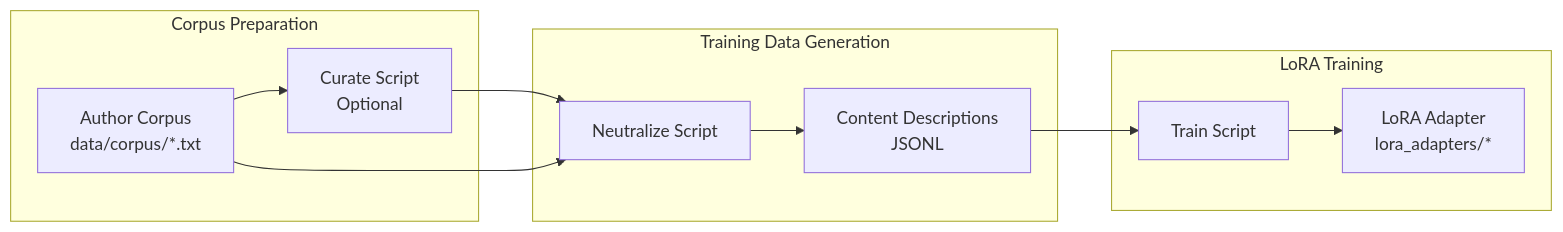
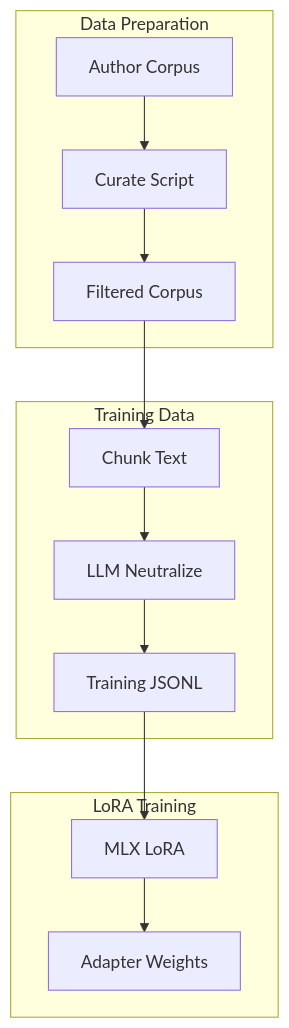
Before and after one commit to yogthos/revenant: the fourth of 6 diagrams in README.md, drawn with Mermaid. The commit also changed other lines of this file and 5 other files, not shown here.

````diff
--- a/README.md
+++ b/README.md
@@ -428,24 +324,27 @@
 ```mermaid
-flowchart LR
-    subgraph "Corpus Preparation"
-        A[Author Corpus<br/>data/corpus/*.txt]
-        B[Curate Script<br/>Optional]
+flowchart TD
+    subgraph "Data Preparation"
+        A[Author Corpus]
+        B[Curate Script]
+        C[Filtered Corpus]
     end
 
-    subgraph "Training Data Generation"
-        C[Neutralize Script]
-        D[Content Descriptions<br/>JSONL]
+    subgraph "Training Data"
+        D[Chunk Text]
+        E[LLM Neutralize]
+        F[Training JSONL]
     end
 
     subgraph "LoRA Training"
-        E[Train Script]
-        F[LoRA Adapter<br/>lora_adapters/*]
+        G[MLX LoRA]
+        H[Adapter Weights]
     end
 
     A --> B
     B --> C
-    A --> C
     C --> D
     D --> E
     E --> F
+    F --> G
+    G --> H
 ```
````
